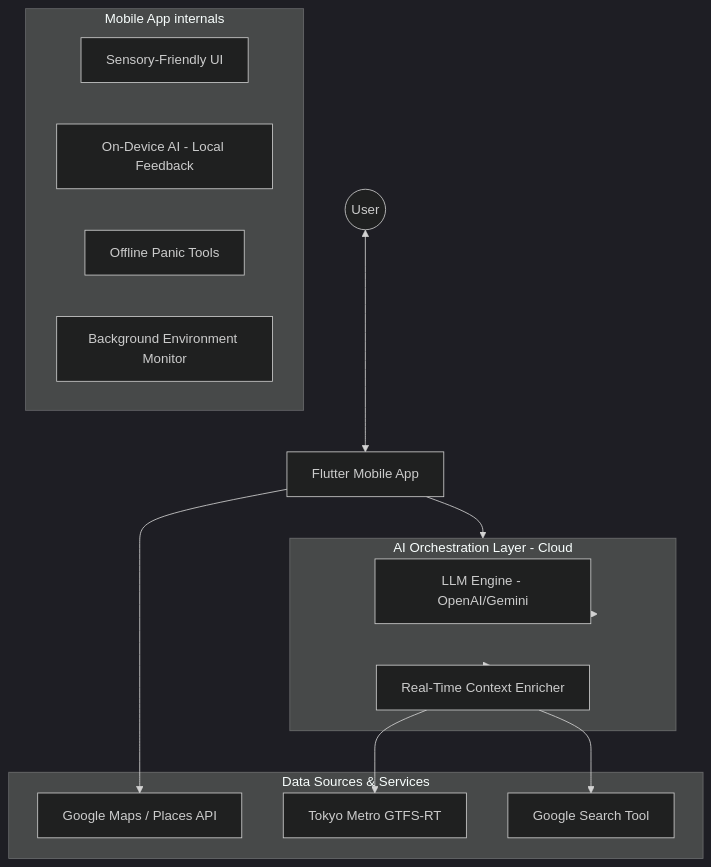
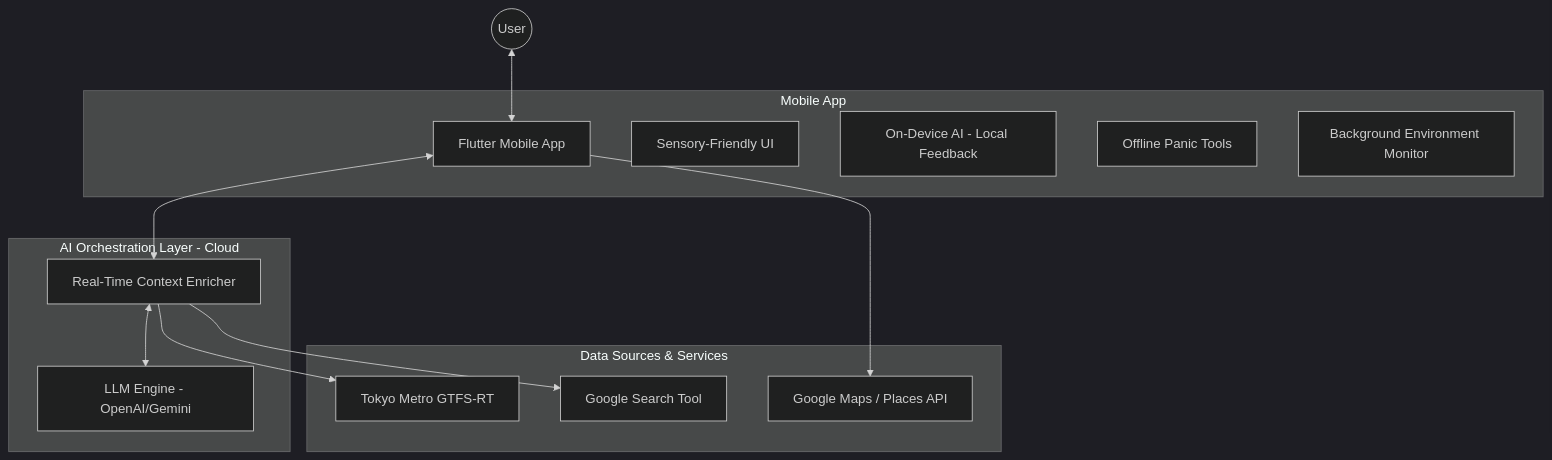
One commit to keiseiisobe/pocket-secure-base changed the diagram in docs/ARCHITECTURE.md. Above: the diagram before and after it, drawn with Mermaid (dark theme).

Commit message:
modified diagram

````diff
--- a/docs/ARCHITECTURE.md
+++ b/docs/ARCHITECTURE.md
@@ -9,34 +9,34 @@
 ```mermaid
 graph TD
     %% User Layer
-    User((User)) <--> MobileApp[Flutter Mobile App]
+    User((User)) <--> MobileApp
 
-    %% Mobile App Internal Components
-    subgraph MobileApp_Internal [Mobile App internals]
+    %% Mobile App Components
+    subgraph MobileApp_Block [Mobile App]
+        MobileApp[Flutter Mobile App]
         UI[Sensory-Friendly UI]
         LocalAI[On-Device AI - Local Feedback]
         PanicSupport[Offline Panic Tools]
         BackgroundMonitor[Background Environment Monitor]
     end
 
     %% Cloud / Backend Layer
     subgraph Cloud_Orchestrator [AI Orchestration Layer - Cloud]
         LLM[LLM Engine - OpenAI/Gemini]
         DataEnricher[Real-Time Context Enricher]
     end
 
     %% External Data Sources
     subgraph External_APIs [Data Sources & Services]
         GMap[Google Maps / Places API]
         ODPT[Tokyo Metro GTFS-RT]
         GSearch[Google Search Tool]
     end
 
     %% Connections
-    MobileApp --> Cloud_Orchestrator
-    Cloud_Orchestrator --> LLM
-    Cloud_Orchestrator --> DataEnricher
+    MobileApp <--> DataEnricher
+    DataEnricher <--> LLM
     DataEnricher --> ODPT
     DataEnricher --> GSearch
     MobileApp --> GMap
 ```
````
